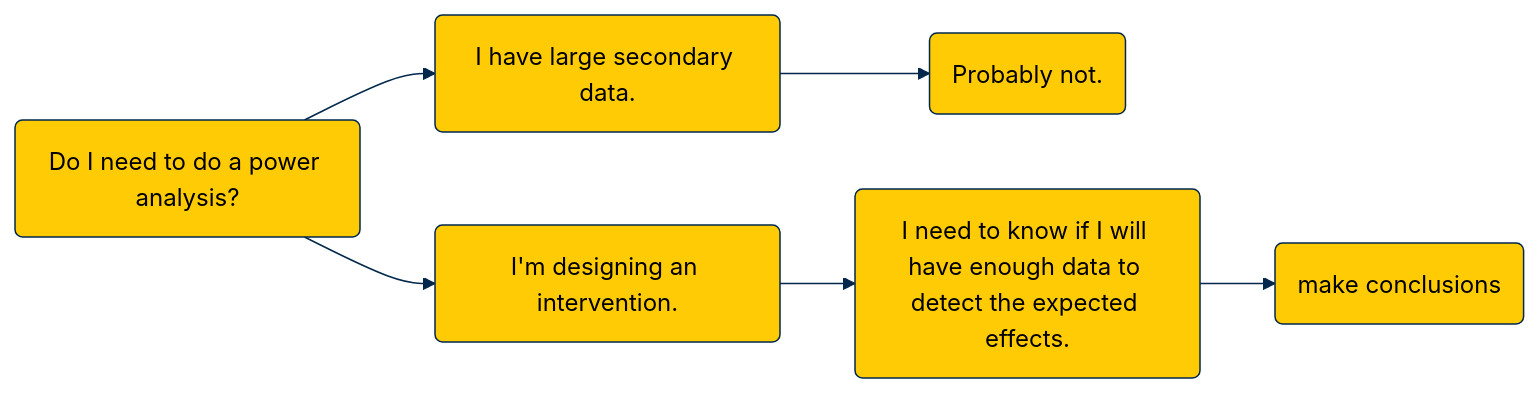
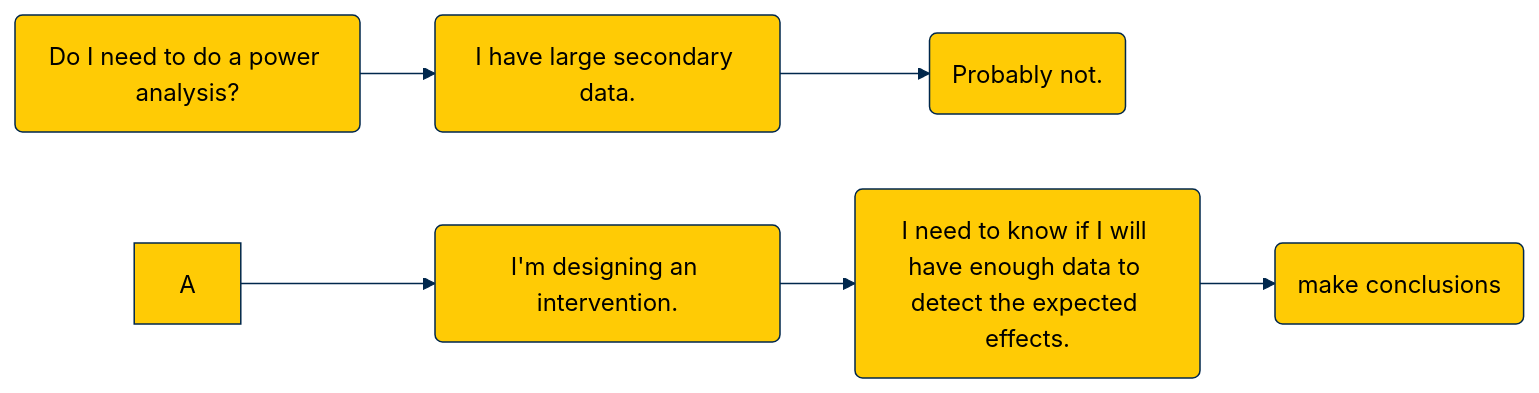
Before and after one commit to agrogan1/teaching: the diagram in power-analysis/README.md, drawn with Mermaid.

````diff
--- a/power-analysis/README.md
+++ b/power-analysis/README.md
@@ -3,24 +3,24 @@
 ```mermaid
 %%{
   init: {
     'theme': 'base',
     'themeVariables': {
       'primaryColor': '#FFCB05',
       'primaryTextColor': '#000000',
       'primaryBorderColor': '#00274C',
       'lineColor': '#00274C',
       'secondaryColor': '#00274C',
       'secondaryTextColor': '#000000',
       'tertiaryColor': '#F2F2F2',
       'tertiaryBorderColor': '#00274C'
     }
   }
 }%%
 
 flowchart LR
-  A(Do I need to do a power analysis?) --> B(I have large secondary data.)
-  B --> C(Probably not.) 
+  question(Do I need to do a power analysis?) --> SD(I have large secondary data.)
+  SD --> C(Probably not.) 
   A --> D(I'm designing an intervention.)
   D --> E(I need to know if I will have enough data to detect the expected effects.)
   E --> F(make conclusions)
 ```
````
